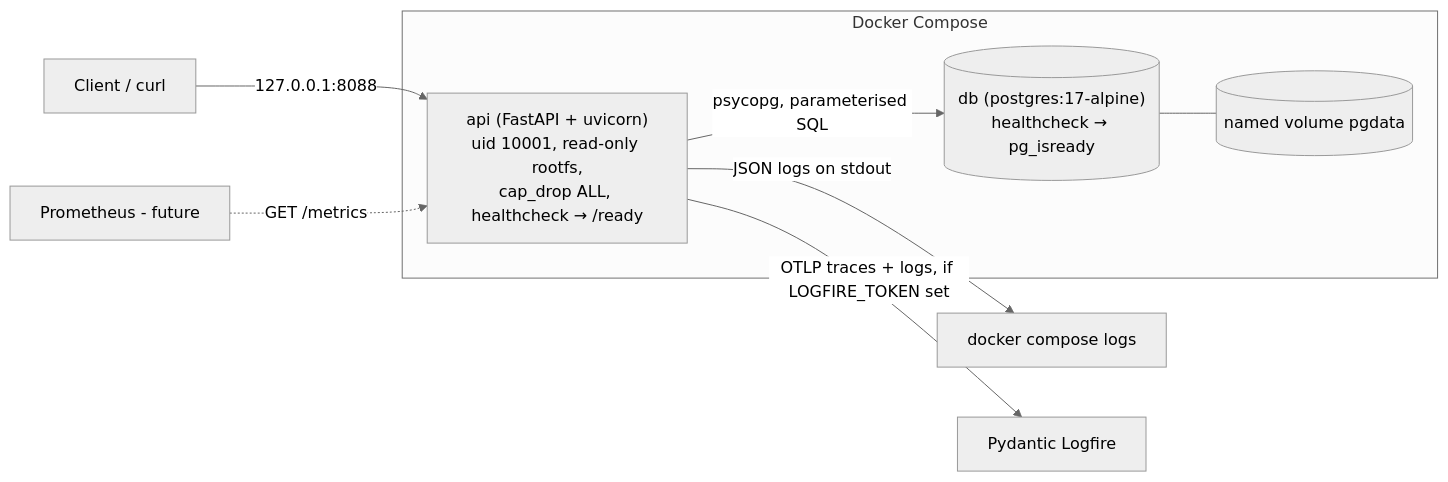
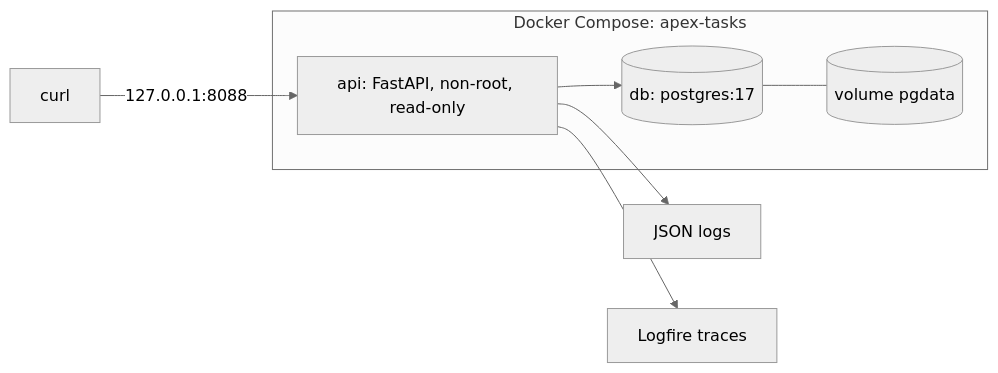
One commit to Abdu11ahBilal/Devops-Assignment-Apex-Arabia changed the second of 2 diagrams in docs/architecture.md. Above: the diagram before and after it, drawn with Mermaid (neutral theme). The commit also changed other lines of this file and 4 other files, not shown here.

````diff
--- a/docs/architecture.md
+++ b/docs/architecture.md
@@ -31,14 +19,12 @@
 ```mermaid
 flowchart LR
-    client[Client / curl] -->|127.0.0.1:8088| api
-    subgraph compose[Docker Compose]
-        api["api (FastAPI + uvicorn)<br/>uid 10001, read-only rootfs,<br/>cap_drop ALL, healthcheck → /ready"]
-        db[("db (postgres:17-alpine)<br/>healthcheck → pg_isready")]
-        vol[(named volume pgdata)]
-        api -->|psycopg, parameterised SQL| db
-        db --- vol
+    client[curl] -->|127.0.0.1:8088| api
+    subgraph compose[Docker Compose: apex-tasks]
+        api[api: FastAPI, non-root, read-only]
+        db[(db: postgres:17)]
+        vol[(volume pgdata)]
+        api --> db --- vol
     end
-    api -->|JSON logs on stdout| logs[docker compose logs]
-    api -->|OTLP traces + logs, if LOGFIRE_TOKEN set| logfire[Pydantic Logfire]
-    scraper[Prometheus - future] -.->|GET /metrics| api
+    api --> logs[JSON logs]
+    api --> logfire[Logfire traces]
 ```
````
